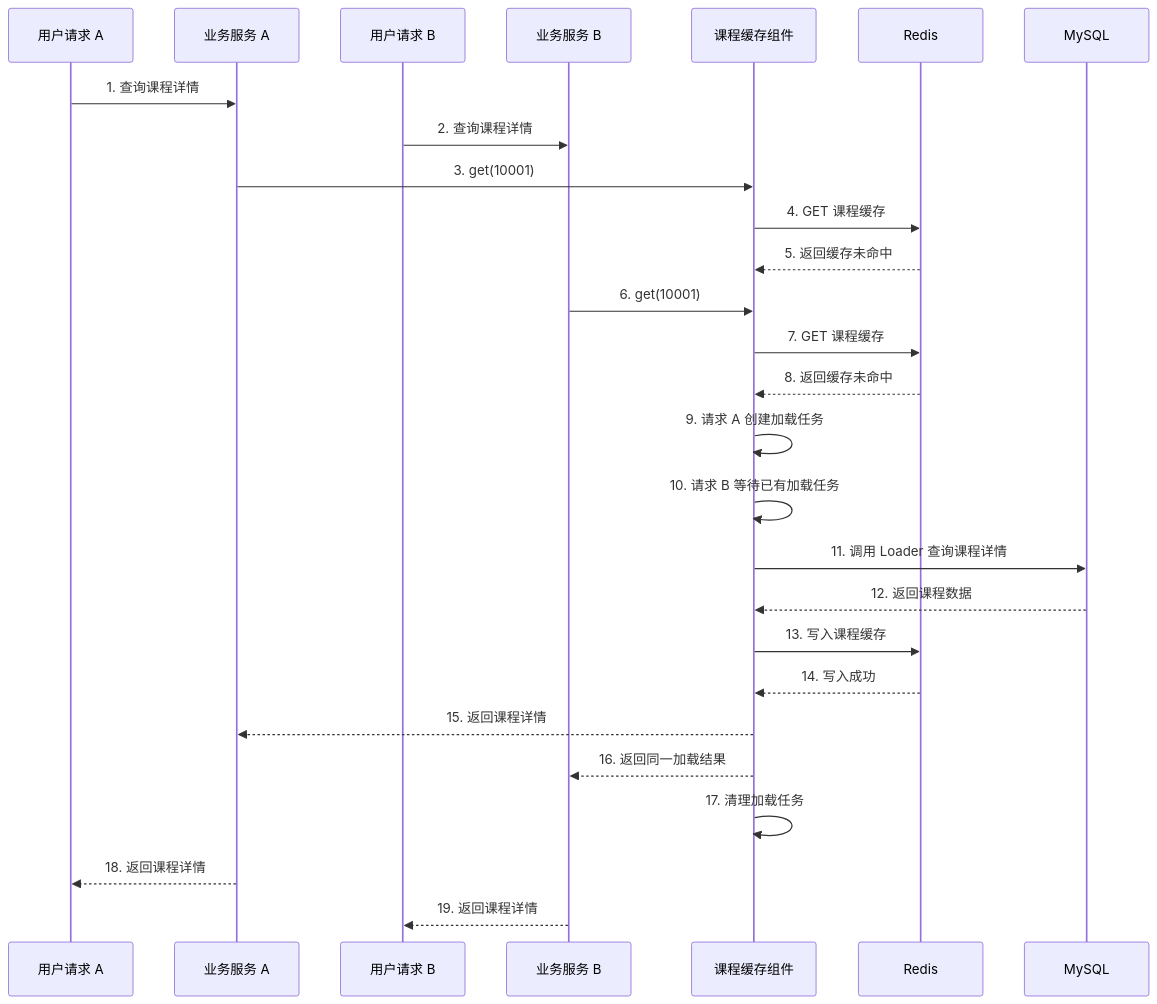
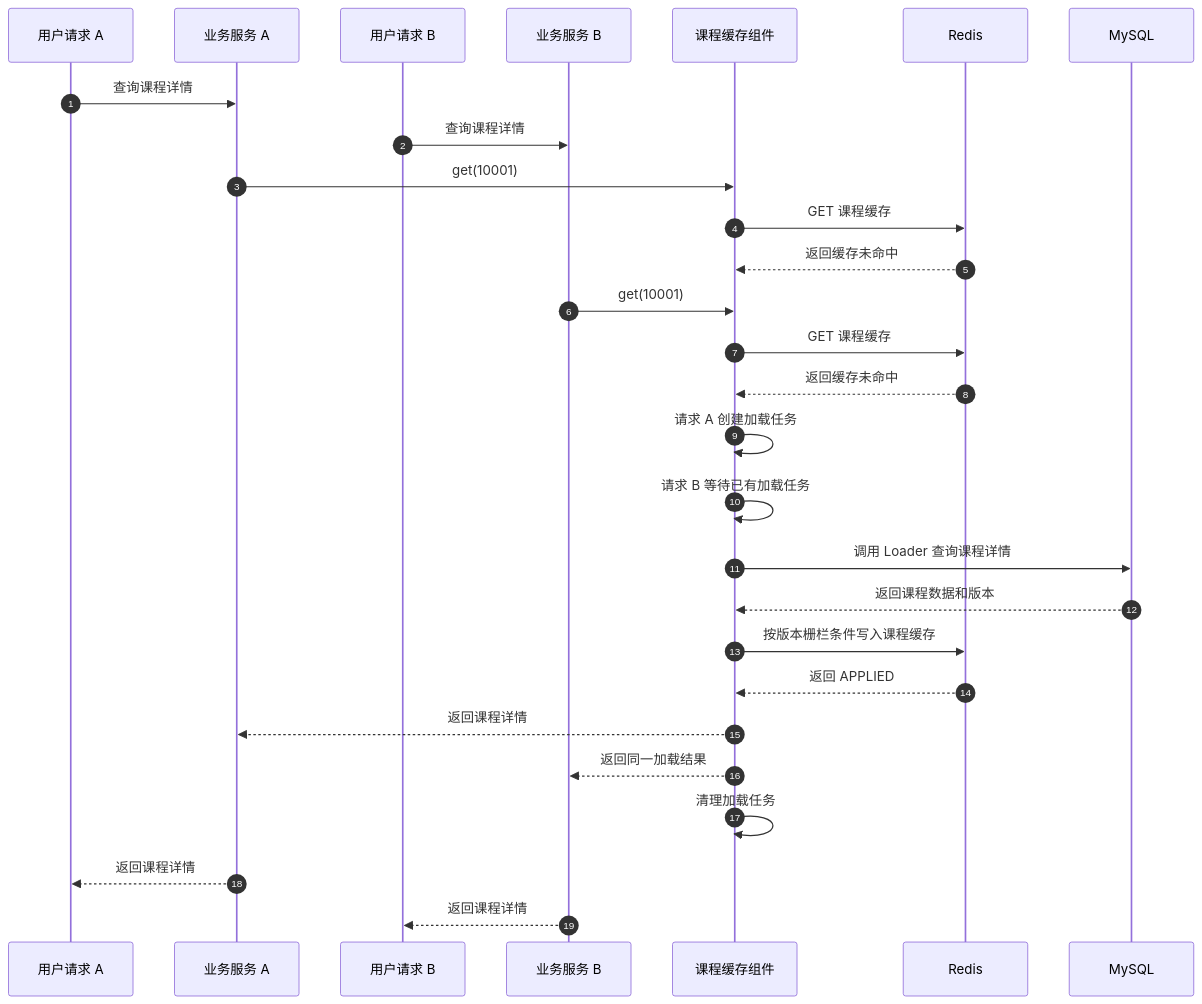
Before and after one commit to zdl20251023-pixel/agent-frame: diagram 15 of 27 in docs/redis/126-redis-4种缓存模式-分享版-极简版.md, drawn with Mermaid. The commit also changed other lines of this file, not shown here.

Commit message:
redis 四大缓存模式 分享-极简版

````diff
--- a/docs/redis/126-redis-4种缓存模式-分享版-极简版.md
+++ b/docs/redis/126-redis-4种缓存模式-分享版-极简版.md
@@ -605,37 +616,38 @@
 ```mermaid
 sequenceDiagram
+    autonumber
     participant ClientA as 用户请求 A
     participant ServiceA as 业务服务 A
     participant ClientB as 用户请求 B
     participant ServiceB as 业务服务 B
     participant Cache as 课程缓存组件
     participant Redis as Redis
     participant MySQL as MySQL
 
-    ClientA->>ServiceA: 1. 查询课程详情
-    ClientB->>ServiceB: 2. 查询课程详情
+    ClientA->>ServiceA: 查询课程详情
+    ClientB->>ServiceB: 查询课程详情
 
-    ServiceA->>Cache: 3. get(10001)
-    Cache->>Redis: 4. GET 课程缓存
-    Redis-->>Cache: 5. 返回缓存未命中
+    ServiceA->>Cache: get(10001)
+    Cache->>Redis: GET 课程缓存
+    Redis-->>Cache: 返回缓存未命中
 
-    ServiceB->>Cache: 6. get(10001)
-    Cache->>Redis: 7. GET 课程缓存
-    Redis-->>Cache: 8. 返回缓存未命中
+    ServiceB->>Cache: get(10001)
+    Cache->>Redis: GET 课程缓存
+    Redis-->>Cache: 返回缓存未命中
 
-    Cache->>Cache: 9. 请求 A 创建加载任务
-    Cache->>Cache: 10. 请求 B 等待已有加载任务
+    Cache->>Cache: 请求 A 创建加载任务
+    Cache->>Cache: 请求 B 等待已有加载任务
 
-    Cache->>MySQL: 11. 调用 Loader 查询课程详情
-    MySQL-->>Cache: 12. 返回课程数据
+    Cache->>MySQL: 调用 Loader 查询课程详情
+    MySQL-->>Cache: 返回课程数据和版本
 
-    Cache->>Redis: 13. 写入课程缓存
-    Redis-->>Cache: 14. 写入成功
+    Cache->>Redis: 按版本栅栏条件写入课程缓存
+    Redis-->>Cache: 返回 APPLIED
 
-    Cache-->>ServiceA: 15. 返回课程详情
-    Cache-->>ServiceB: 16. 返回同一加载结果
-    Cache->>Cache: 17. 清理加载任务
+    Cache-->>ServiceA: 返回课程详情
+    Cache-->>ServiceB: 返回同一加载结果
+    Cache->>Cache: 清理加载任务
 
-    ServiceA-->>ClientA: 18. 返回课程详情
-    ServiceB-->>ClientB: 19. 返回课程详情
+    ServiceA-->>ClientA: 返回课程详情
+    ServiceB-->>ClientB: 返回课程详情
 ```
````
